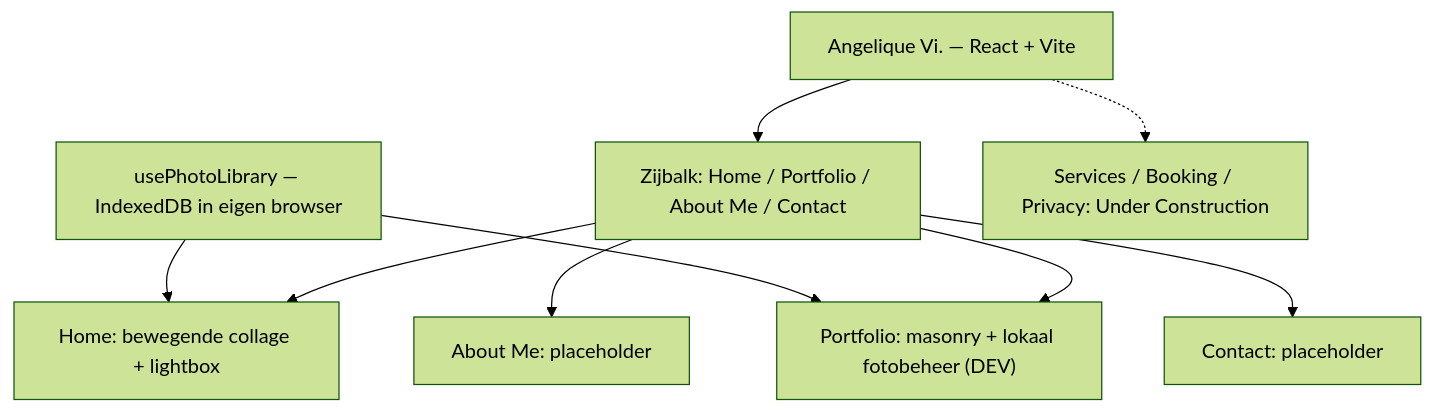
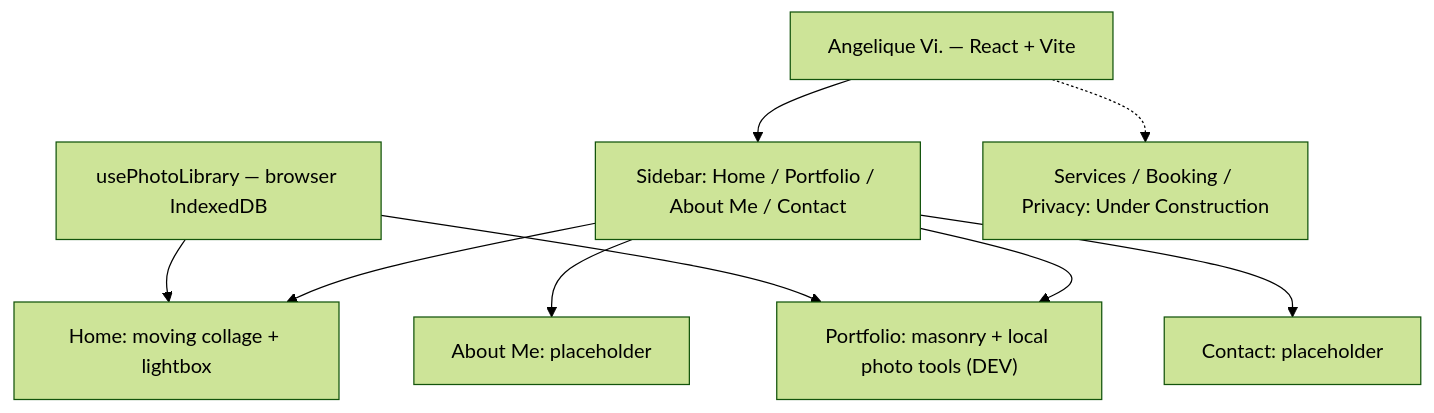
The first of 2 diagrams in PLAN.md (Drup1k/PhotographyPortfolio), drawn with Mermaid (forest theme) before and after one commit. The commit also changed other lines of this file, not shown here.

````diff
--- a/PLAN.md
+++ b/PLAN.md
@@ -27,11 +25,11 @@
 ```mermaid
 flowchart TB
-    SITE["Angelique Vi. — React + Vite"] --> NAV["Zijbalk: Home / Portfolio / About Me / Contact"]
-    NAV --> HOME["Home: bewegende collage + lightbox"]
-    NAV --> PORTFOLIO["Portfolio: masonry + lokaal fotobeheer (DEV)"]
+    SITE["Angelique Vi. — React + Vite"] --> NAV["Sidebar: Home / Portfolio / About Me / Contact"]
+    NAV --> HOME["Home: moving collage + lightbox"]
+    NAV --> PORTFOLIO["Portfolio: masonry + local photo tools (DEV)"]
     NAV --> ABOUT["About Me: placeholder"]
     NAV --> CONTACT["Contact: placeholder"]
-    LIB["usePhotoLibrary — IndexedDB in eigen browser"] --> HOME
+    LIB["usePhotoLibrary — browser IndexedDB"] --> HOME
     LIB --> PORTFOLIO
     SITE -.-> FUTURE["Services / Booking / Privacy: Under Construction"]
 ```
````
